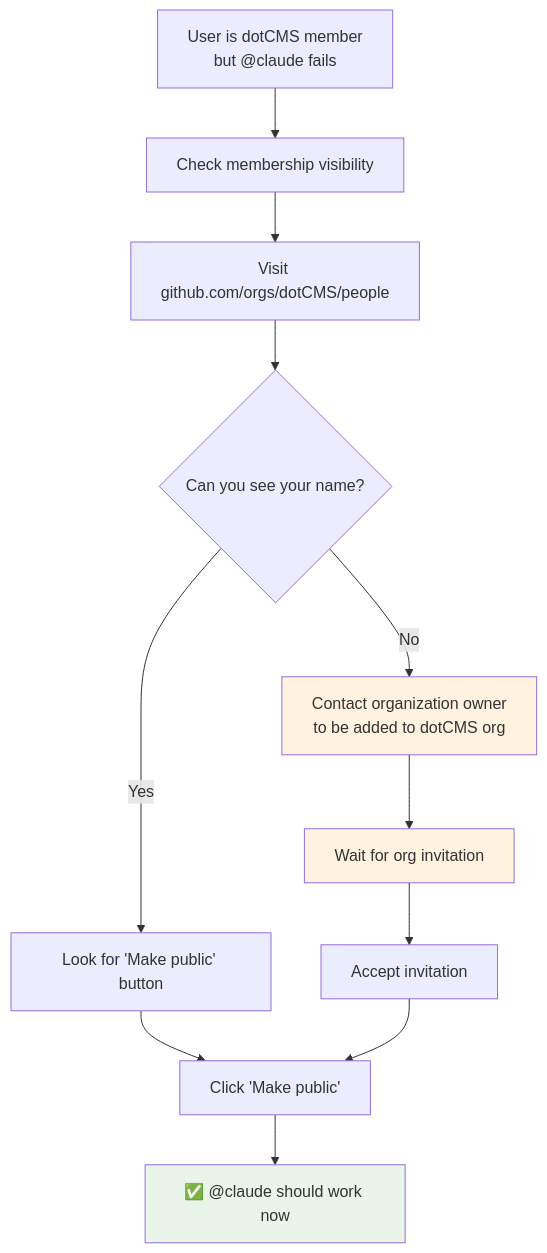
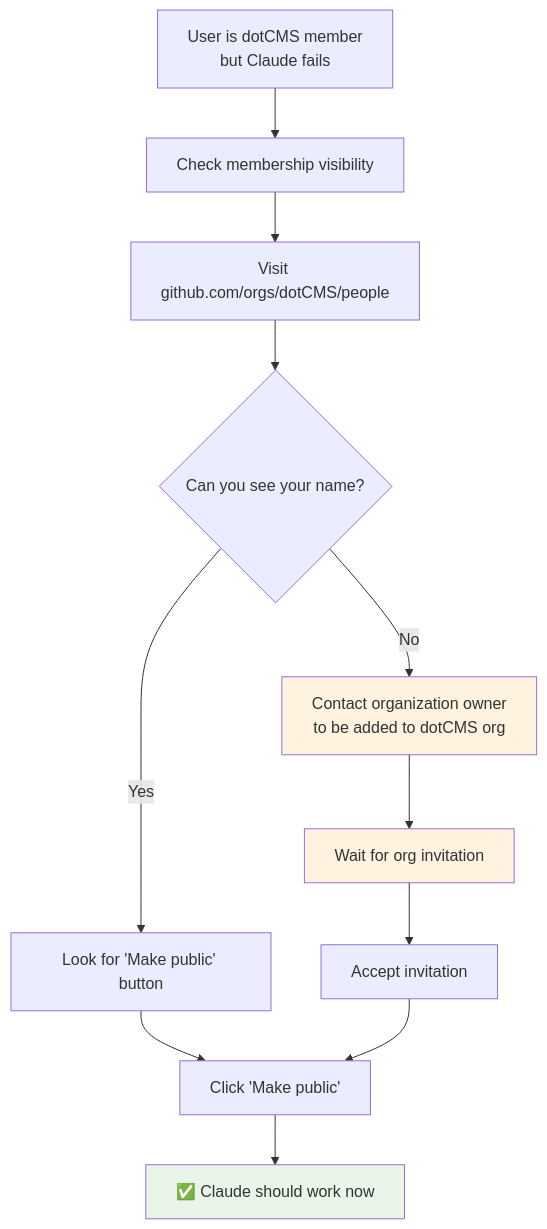
Before and after one commit to dotCMS/core: the eighth of 10 diagrams in docs/core/GITHUB_WORKFLOWS_VISUAL.md, drawn with Mermaid. The commit also changed other lines of this file and 1 other file, not shown here.

First line of the commit message:
fix: clean up mermaid diagrams and add local validation script

````diff
--- a/docs/core/GITHUB_WORKFLOWS_VISUAL.md
+++ b/docs/core/GITHUB_WORKFLOWS_VISUAL.md
@@ -237,21 +237,21 @@
 ```mermaid
 graph TD
-    A[User is dotCMS member<br/>but @claude fails] --> B[Check membership visibility]
+    A[User is dotCMS member<br/>but Claude fails] --> B[Check membership visibility]
     
     B --> C[Visit github.com/orgs/dotCMS/people]
     C --> D{Can you see your name?}
     
     D -->|Yes| E[Look for 'Make public' button]
     D -->|No| F[Contact organization owner<br/>to be added to dotCMS org]
     
     E --> G[Click 'Make public']
-    G --> H[✅ @claude should work now]
+    G --> H[✅ Claude should work now]
     
     F --> I[Wait for org invitation]
     I --> J[Accept invitation]
     J --> G
     
     style H fill:#e8f5e8
     style F fill:#fff3e0
     style I fill:#fff3e0
 ```
````
